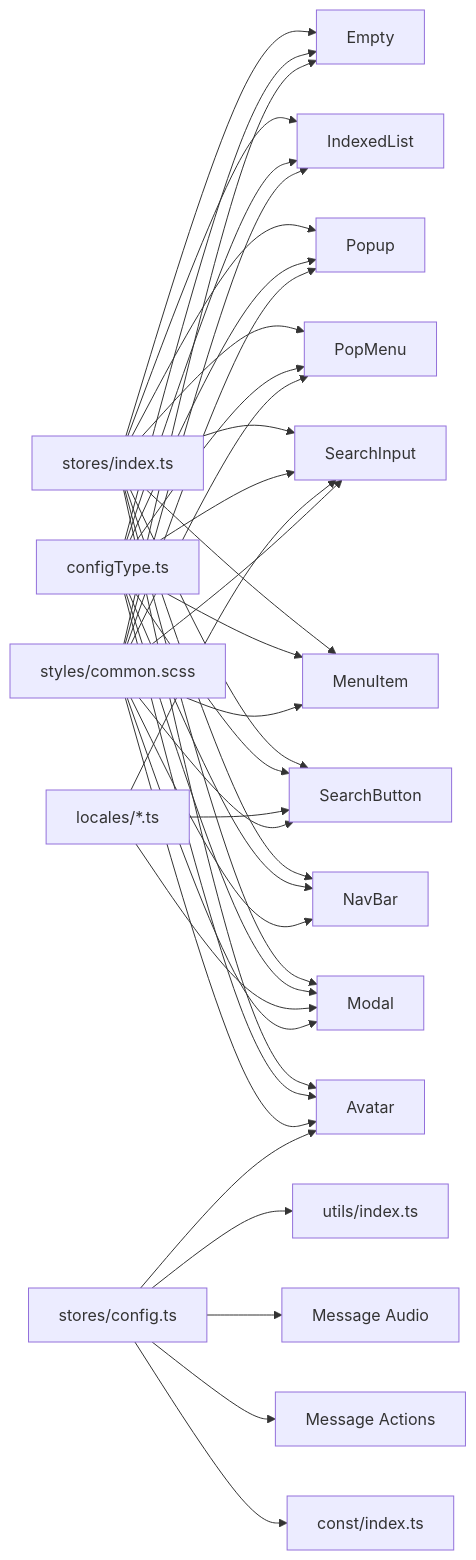
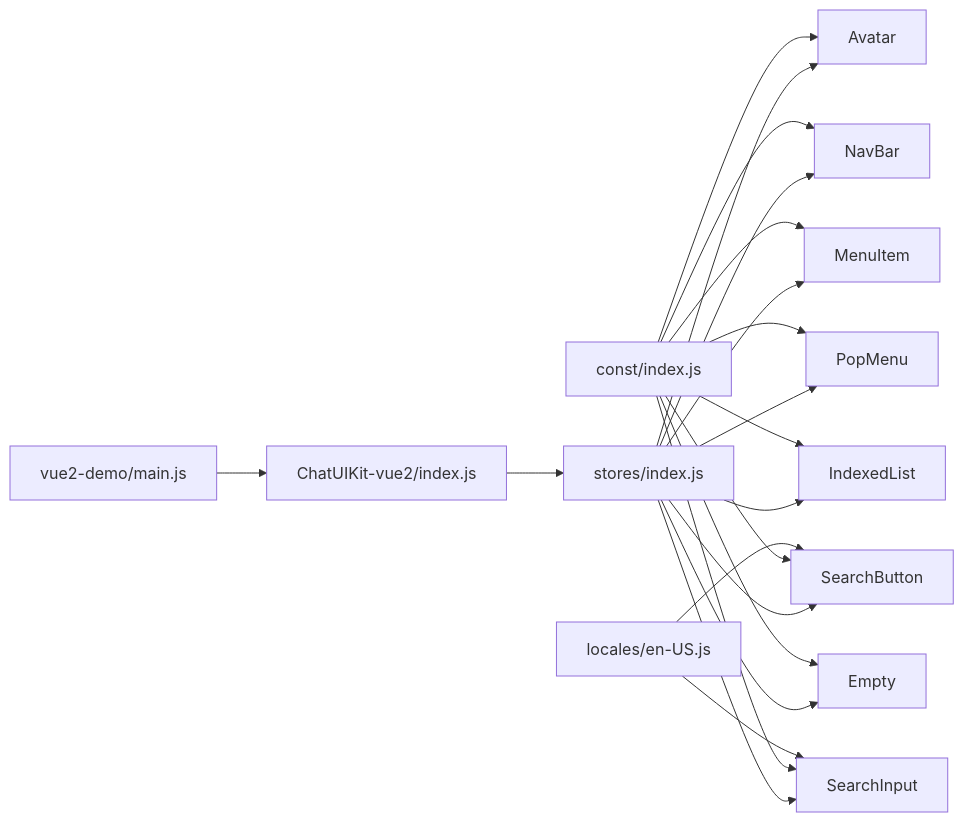
Before and after one commit to Easemob-Community/easemob-uikit-uniapp-community: the third of 3 diagrams in .qoder/repowiki/zh/content/组件系统/组件系统.md, drawn with Mermaid. The commit also changed other lines of this file and 14 other files, not shown here.

````diff
--- a/.qoder/repowiki/zh/content/组件系统/组件系统.md
+++ b/.qoder/repowiki/zh/content/组件系统/组件系统.md
@@ -544,41 +446,23 @@
 ```mermaid
 graph LR
-ST["stores/index.ts"] --> AV["Avatar"]
+ST["stores/index.js"] --> AV["Avatar"]
 ST --> NB["NavBar"]
 ST --> MI["MenuItem"]
 ST --> PM["PopMenu"]
-ST --> MD["Modal"]
-ST --> PP["Popup"]
 ST --> ISB["SearchButton"]
 ST --> ISI["SearchInput"]
 ST --> IL["IndexedList"]
 ST --> EM["Empty"]
-CFG["configType.ts"] --> AV
-CFG --> NB
-CFG --> MI
-CFG --> PM
-CFG --> MD
-CFG --> PP
-CFG --> ISB
-CFG --> ISI
-CFG --> IL
-CFG --> EM
-LCN["locales/*.ts"] --> ISB
+CS["const/index.js"] --> AV
+CS --> NB
+CS --> MI
+CS --> PM
+CS --> ISB
+CS --> ISI
+CS --> IL
+CS --> EM
+LCN["locales/en-US.js"] --> ISB
 LCN --> ISI
-LCN --> MD
-CSS["styles/common.scss"] --> AV
-CSS --> NB
-CSS --> MI
-CSS --> PM
-CSS --> MD
-CSS --> PP
-CSS --> ISB
-CSS --> ISI
-CSS --> IL
-CSS --> EM
-CS["stores/config.ts"] --> CONST["const/index.ts"]
-CS --> AV
-CS --> MA["Message Actions"]
-CS --> MAU["Message Audio"]
-CS --> UTIL["utils/index.ts"]
+KIT["ChatUIKit-vue2/index.js"] --> ST
+MAIN["vue2-demo/main.js"] --> KIT
 ```
````
